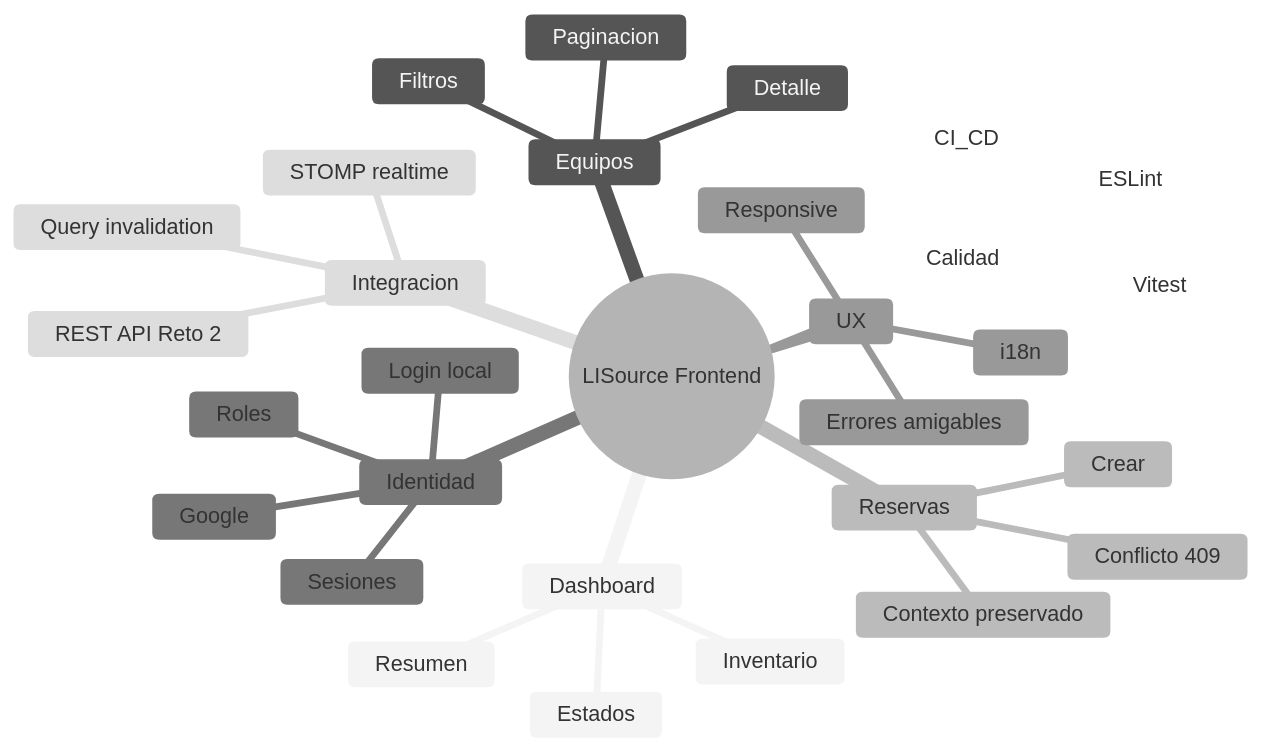
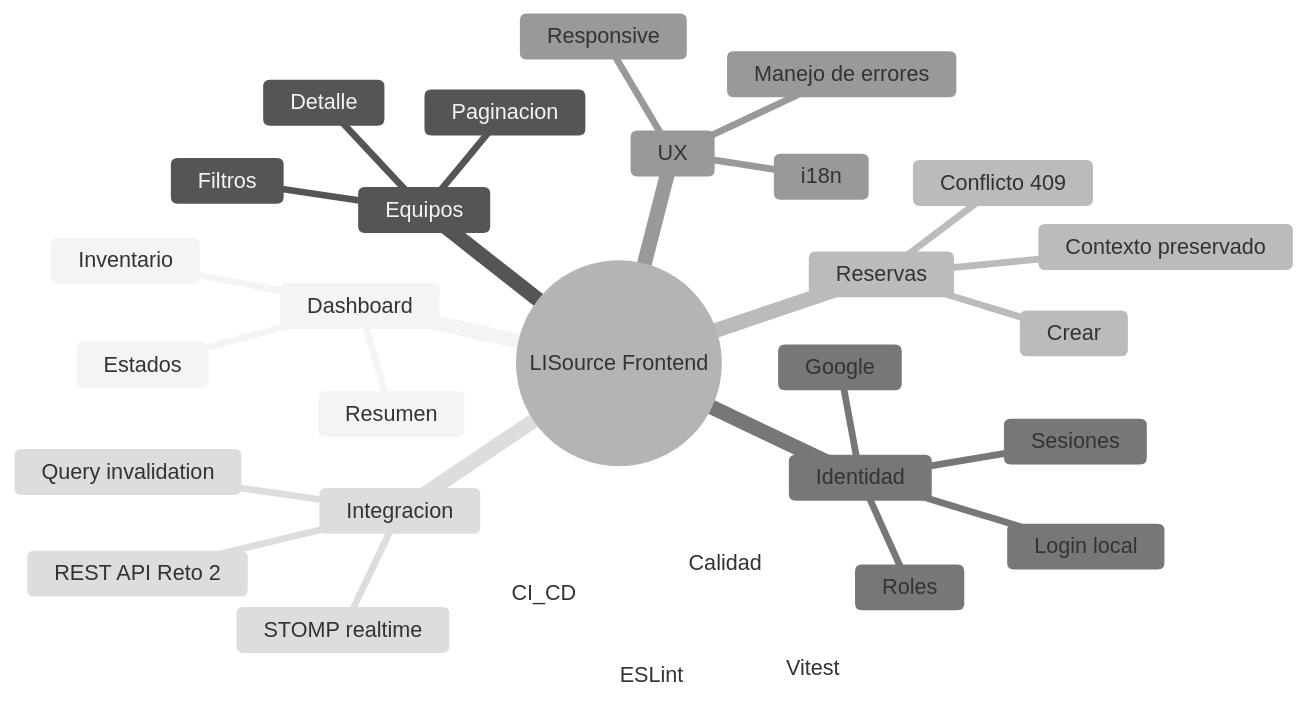
Before and after one commit to lisudea/technical-test-2026-2: the first of 19 diagrams in README.md, drawn with Mermaid (neutral theme). The commit also changed other lines of this file and 1 other file, not shown here.

````diff
--- a/README.md
+++ b/README.md
@@ -116,33 +116,33 @@
 ```mermaid
 mindmap
   root((LISource Frontend))
     Dashboard
       Inventario
       Estados
       Resumen
     Equipos
       Filtros
       Paginacion
       Detalle
     Reservas
       Crear
       Conflicto 409
       Contexto preservado
     Identidad
       Login local
       Google
       Roles
       Sesiones
     UX
       Responsive
       i18n
-      Errores amigables
+      Manejo de errores
     Integracion
       REST API Reto 2
       STOMP realtime
       Query invalidation
     Calidad
       Vitest
       ESLint
       CI_CD
 ```
````
